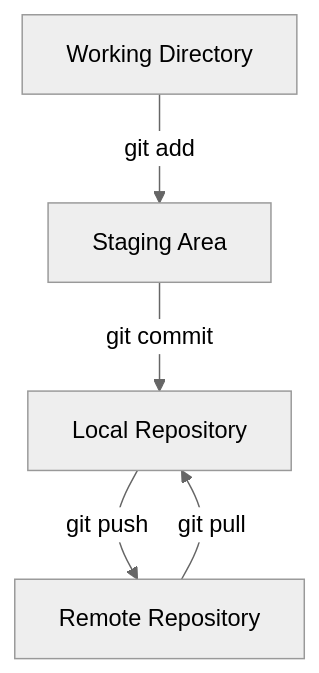
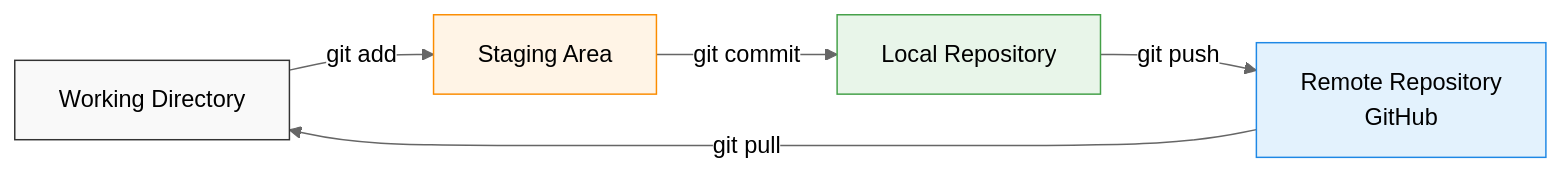
The first of 2 diagrams in public/data/workshops/workshop-00-infra/03_core_workflow.md (DreamLab-AI/dreamlab-ai-website), drawn with Mermaid (neutral theme) before and after one commit. The commit also changed other lines of this file and 65 other files, not shown here.

````diff
--- a/public/data/workshops/workshop-00-infra/03_core_workflow.md
+++ b/public/data/workshops/workshop-00-infra/03_core_workflow.md
@@ -46,7 +174,12 @@
 ```mermaid
-graph TD
-    A[Working Directory] -- git add --> B[Staging Area]
-    B -- git commit --> C[Local Repository]
-    C -- git push --> D[Remote Repository]
-    D -- git pull --> C
+graph LR
+    A[Working Directory] -- "git add" --> B[Staging Area]
+    B -- "git commit" --> C[Local Repository]
+    C -- "git push" --> D[Remote Repository<br/>GitHub]
+    D -- "git pull" --> A
+
+    style A fill:#f9f9f9,stroke:#333
+    style B fill:#fff4e6,stroke:#fb8c00
+    style C fill:#e8f5e9,stroke:#43a047
+    style D fill:#e3f2fd,stroke:#1e88e5
 ```
````
